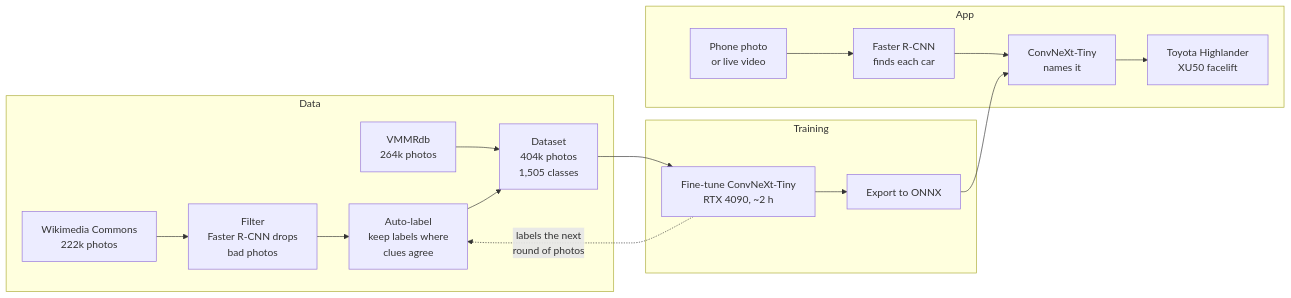
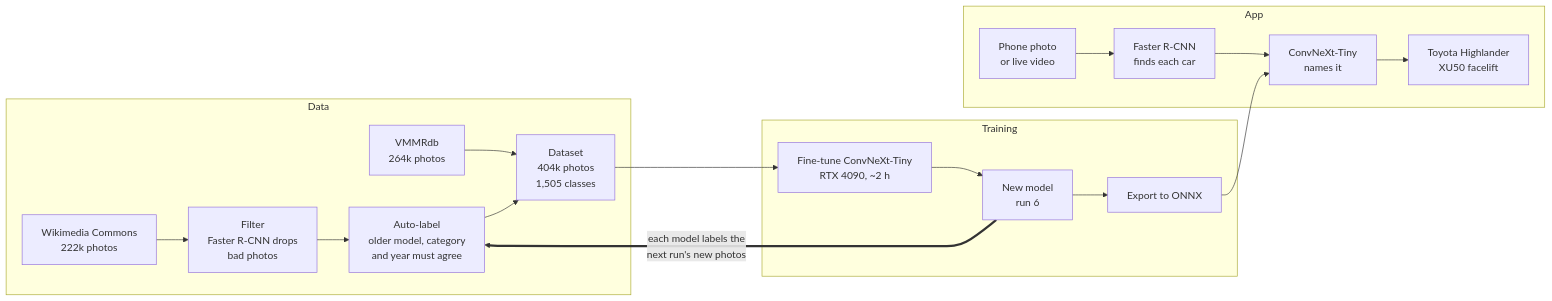
One commit to timmyd4/Vehicle_Identifier changed the diagram in README.md. Above: the diagram before and after it, drawn with Mermaid. The commit also changed other lines of this file, not shown here.

Commit message:
README: show that each model labels the next run's photos

````diff
--- a/README.md
+++ b/README.md
@@ -12,20 +12,21 @@
 ```mermaid
 flowchart LR
     subgraph Data
         A[Wikimedia Commons<br/>222k photos] --> B[Filter<br/>Faster R-CNN drops<br/>bad photos]
-        B --> C[Auto-label<br/>keep labels where<br/>clues agree]
+        B --> C[Auto-label<br/>older model, category<br/>and year must agree]
         V[VMMRdb<br/>264k photos] --> D
         C --> D[Dataset<br/>404k photos<br/>1,505 classes]
     end
     subgraph Training
         D --> E[Fine-tune ConvNeXt-Tiny<br/>RTX 4090, ~2 h]
-        E --> F[Export to ONNX]
+        E --> M[New model<br/>run 6]
+        M --> F[Export to ONNX]
     end
+    M == "each model labels the<br/>next run's new photos" ==> C
     subgraph App
         P[Phone photo<br/>or live video] --> G[Faster R-CNN<br/>finds each car]
         G --> H[ConvNeXt-Tiny<br/>names it]
         F --> H
         H --> I[Toyota Highlander<br/>XU50 facelift]
     end
-    E -. labels the next<br/>round of photos .-> C
 ```
````
